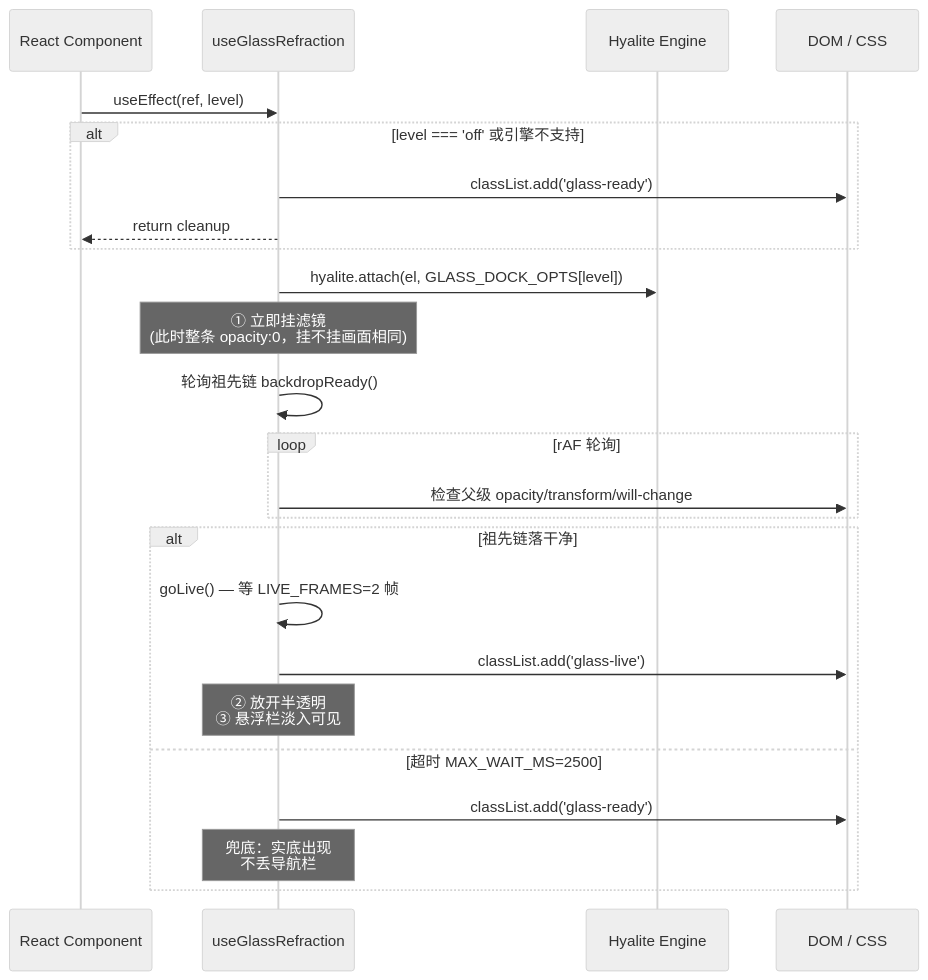
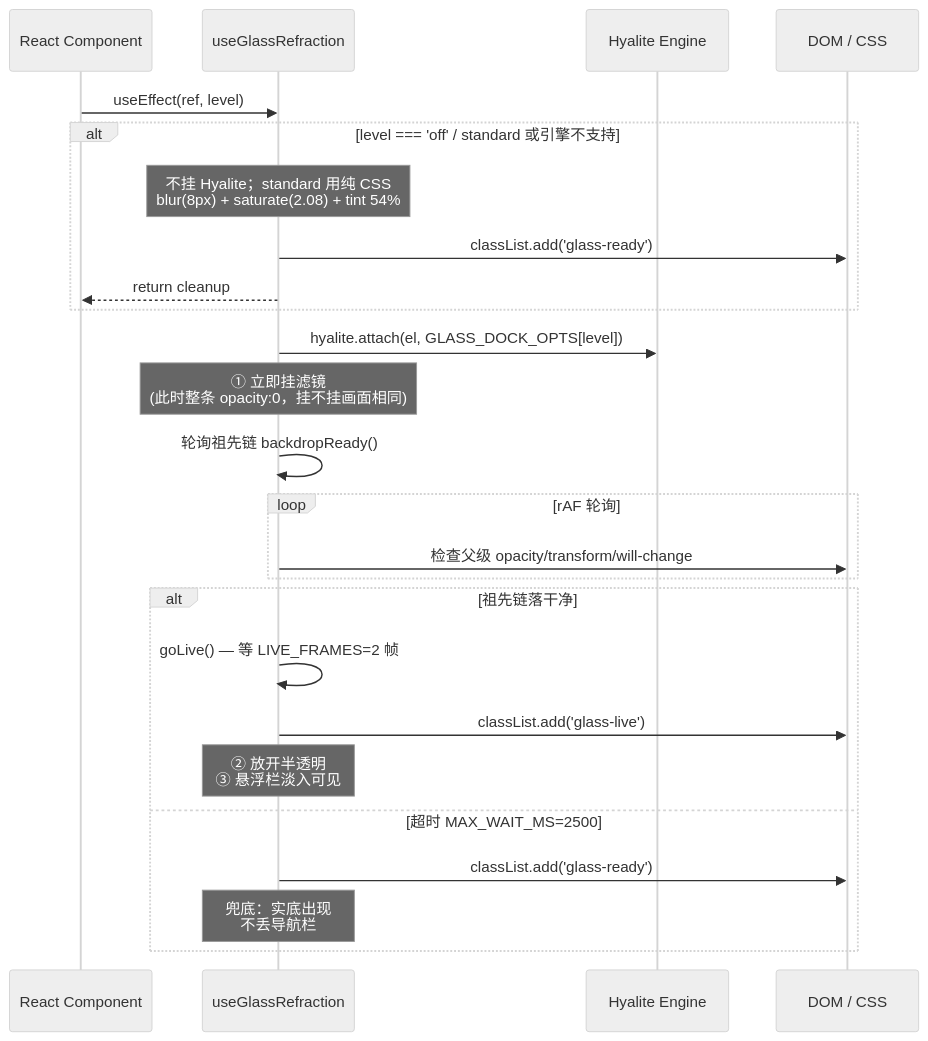
Before and after one commit to ikliml666/Wxxy-CampusLogin: the third of 5 diagrams in .codewiki/modules/android-frontend-utilities-libraries-hyalite.md, drawn with Mermaid (neutral theme). The commit also changed other lines of this file and 3 other files, not shown here.

````diff
--- a/.codewiki/modules/android-frontend-utilities-libraries-hyalite.md
+++ b/.codewiki/modules/android-frontend-utilities-libraries-hyalite.md
@@ -131,27 +131,28 @@
 ```mermaid
 sequenceDiagram
     participant C as React Component
     participant H as useGlassRefraction
     participant E as Hyalite Engine
     participant DOM as DOM / CSS
 
     C->>H: useEffect(ref, level)
-    alt level === 'off' 或引擎不支持
+    alt level === 'off' / standard 或引擎不支持
+        Note over H: 不挂 Hyalite；standard 用纯 CSS<br/>blur(8px) + saturate(2.08) + tint 54%
         H->>DOM: classList.add('glass-ready')
         H-->>C: return cleanup
     end
     H->>E: hyalite.attach(el, GLASS_DOCK_OPTS[level])
     Note over H: ① 立即挂滤镜<br/>(此时整条 opacity:0，挂不挂画面相同)
     H->>H: 轮询祖先链 backdropReady()
     loop rAF 轮询
         H->>DOM: 检查父级 opacity/transform/will-change
     end
     alt 祖先链落干净
         H->>H: goLive() — 等 LIVE_FRAMES=2 帧
         H->>DOM: classList.add('glass-live')
         Note over H: ② 放开半透明<br/>③ 悬浮栏淡入可见
     else 超时 MAX_WAIT_MS=2500
         H->>DOM: classList.add('glass-ready')
         Note over H: 兜底：实底出现<br/>不丢导航栏
     end
 ```
````
